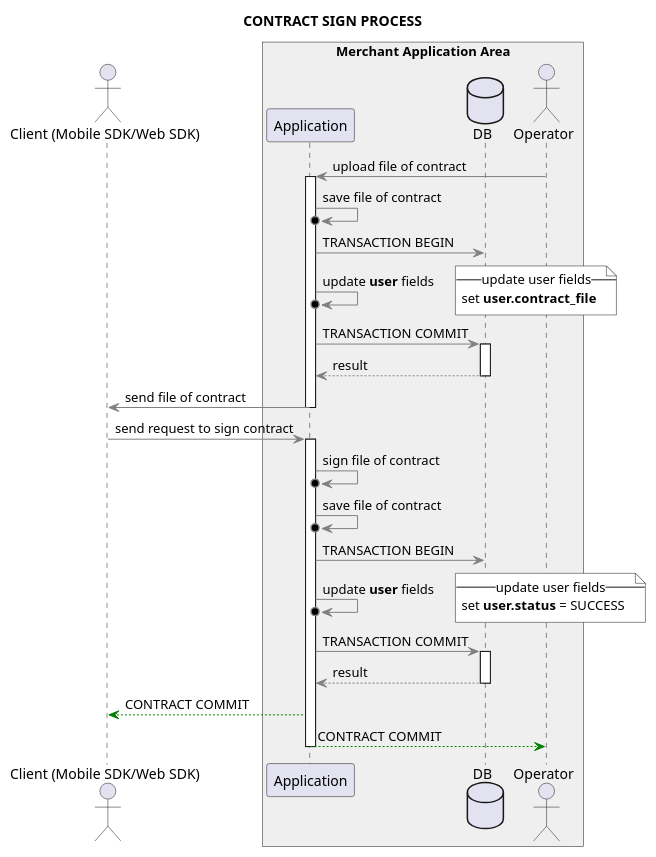
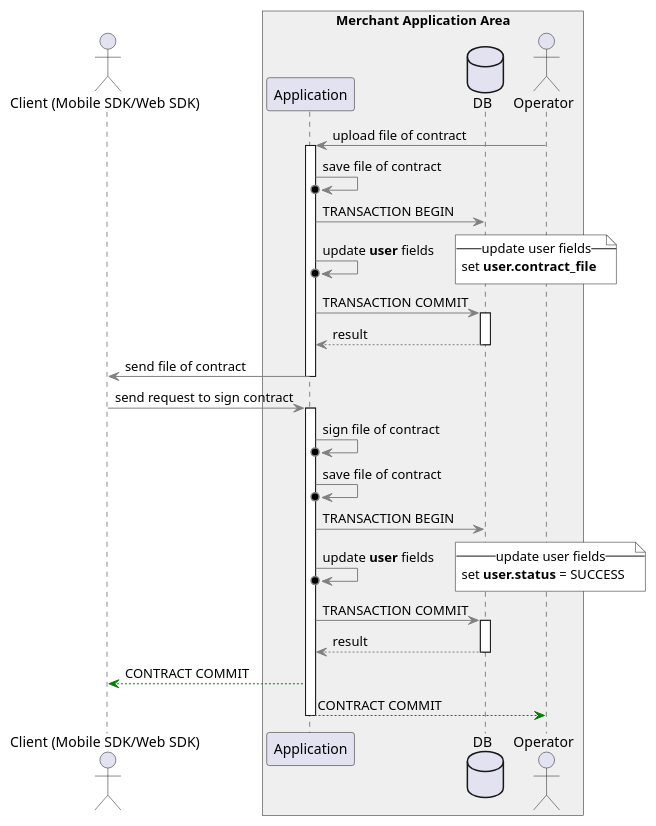
Before and after one commit to DjFact/kyc-docs: the diagram in docs/modules/how-it-works/pages/contract.adoc, drawn with PlantUML. The commit also changed other lines of this file and 10 other files, not shown here.

```diff
--- a/docs/modules/how-it-works/pages/contract.adoc
+++ b/docs/modules/how-it-works/pages/contract.adoc
@@ -3,46 +15,44 @@
 [plantuml,format=svg,role=sequence]
 ----
 @startuml
-    title CONTRACT SIGN PROCESS
-
     actor "Client (Mobile SDK/Web SDK)" as Client
     box "Merchant Application Area" #efefef
         participant "Application" as Server
         database "DB" as DB
         actor Operator
     end box
 
     Operator -[#gray]> Server : upload file of contract
     activate Server
         Server -[#gray]>o Server : save file of contract
         Server -[#gray]> DB : TRANSACTION BEGIN
         Server -[#gray]>o Server : update <b>user</b> fields
         note right #ffffff
             --update user fields--
             set <b>user.contract_file</b>
         end note
         Server -[#gray]> DB : TRANSACTION COMMIT
         activate DB
             DB -[#gray]-> Server : result
         deactivate DB
         Server -[#gray]> Client : send file of contract
     deactivate Server
     Client -[#gray]> Server : send request to sign contract
     activate Server
         Server -[#gray]>o Server : sign file of contract
         Server -[#gray]>o Server : save file of contract
         Server -[#gray]> DB : TRANSACTION BEGIN
         Server -[#gray]>o Server : update <b>user</b> fields
         note right #ffffff
             --update user fields--
             set <b>user.status</b> = SUCCESS
         end note
         Server -[#gray]> DB : TRANSACTION COMMIT
         activate DB
             DB -[#gray]-> Server : result
         deactivate DB
         Server -[#green]-> Client : CONTRACT COMMIT
         Server -[#green]-> Operator : CONTRACT COMMIT
     deactivate Server
 @enduml
 ----
```
